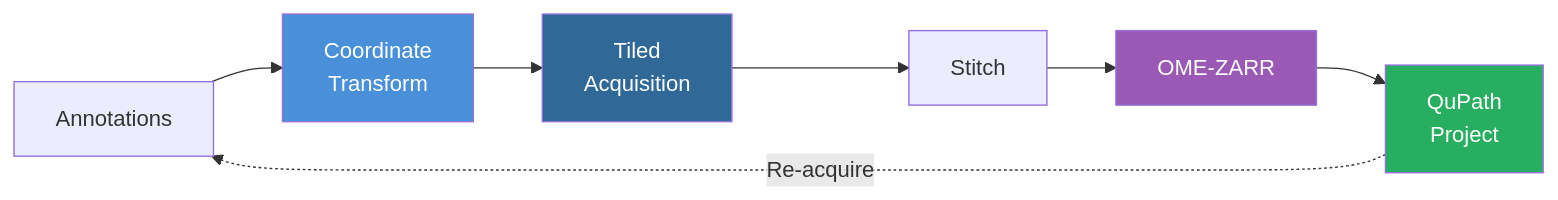
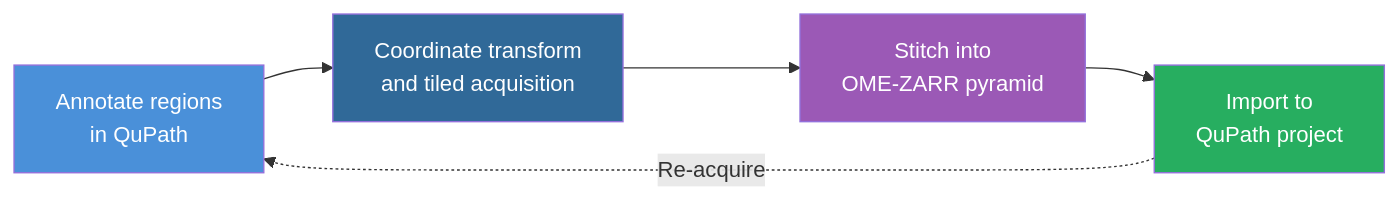
One commit to uw-loci/QPSC changed the second of 3 diagrams in README.md. Above: the diagram before and after it, drawn with Mermaid.

Commit message:
Reduce data flow to 4 wider nodes

````diff
--- a/README.md
+++ b/README.md
@@ -649,10 +649,10 @@
 ```mermaid
 flowchart LR
-    ROI["Annotations"] --> Coords["Coordinate<br/>Transform"] --> Acq["Tiled<br/>Acquisition"] --> Stitch["Stitch"] --> ZARR["OME-ZARR"] --> Project["QuPath<br/>Project"]
+    ROI["Annotate regions<br/>in QuPath"] --> Acq["Coordinate transform<br/>and tiled acquisition"] --> Stitch["Stitch into<br/>OME-ZARR pyramid"] --> Project["Import to<br/>QuPath project"]
     Project -.->|"Re-acquire"| ROI
 
-    style Coords fill:#4A90D9,color:#fff
+    style ROI fill:#4A90D9,color:#fff
     style Acq fill:#306998,color:#fff
-    style ZARR fill:#9B59B6,color:#fff
+    style Stitch fill:#9B59B6,color:#fff
     style Project fill:#27AE60,color:#fff
 ```
````
